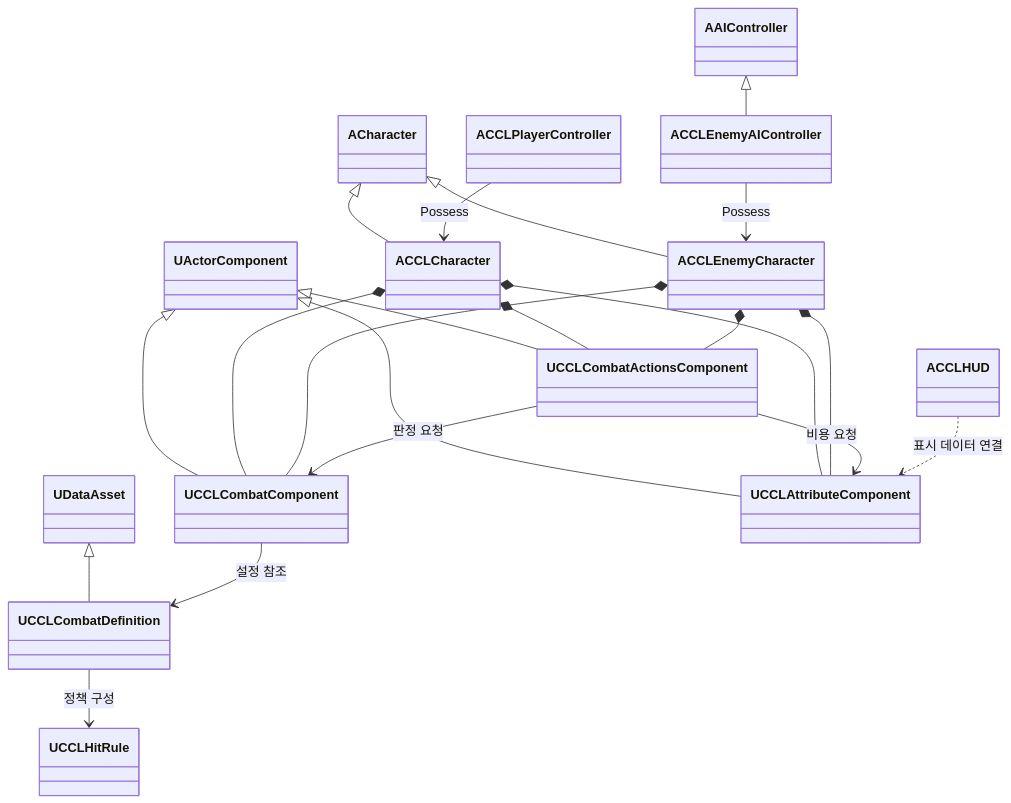
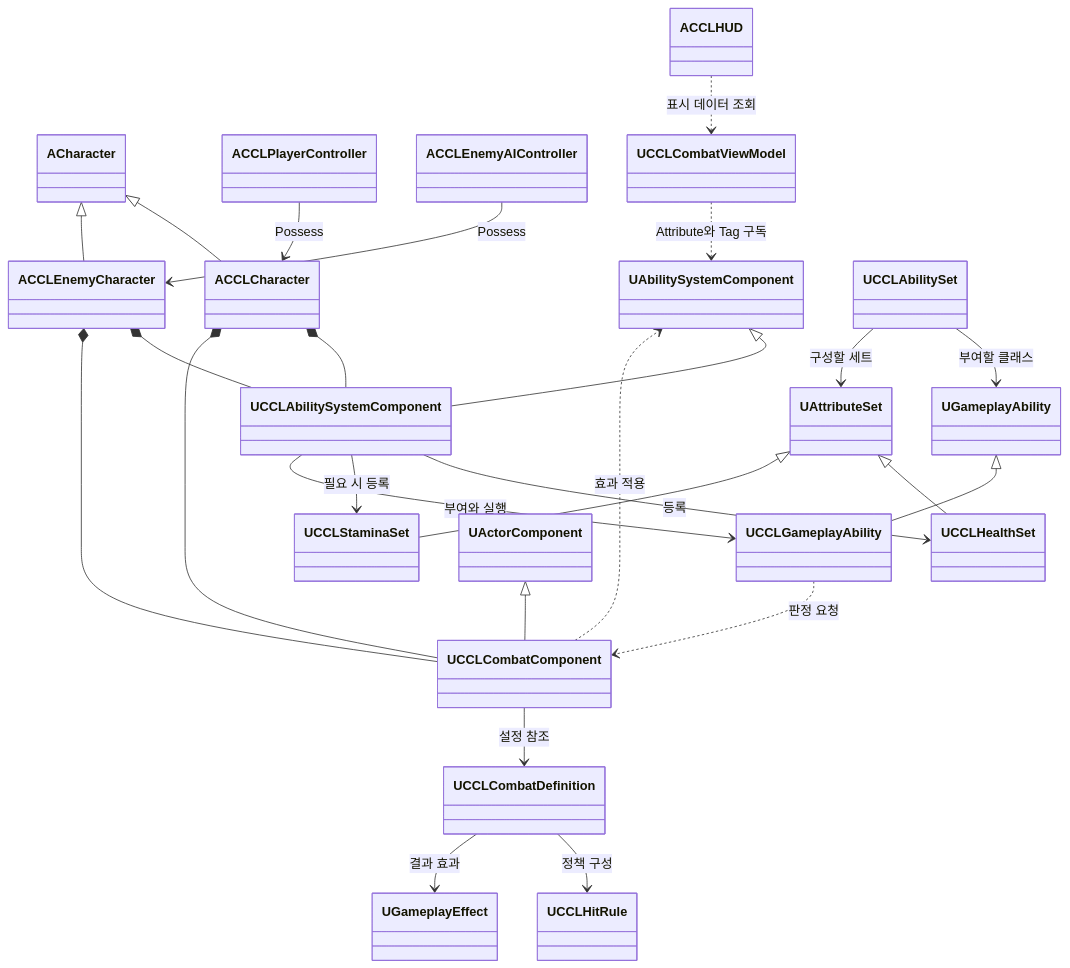
One commit to kang-sihwon/ccl8 changed the diagram in Docs/CombatFoundation.md. Above: the diagram before and after it, drawn with Mermaid. The commit also changed other lines of this file, not shown here.

Commit message:
Align combat foundation design with Gameplay Ability System

````diff
--- a/Docs/CombatFoundation.md
+++ b/Docs/CombatFoundation.md
@@ -58,23 +81,28 @@
 ```mermaid
 classDiagram
+    UAbilitySystemComponent <|-- UCCLAbilitySystemComponent
+    UAttributeSet <|-- UCCLHealthSet
+    UAttributeSet <|-- UCCLStaminaSet
+    UGameplayAbility <|-- UCCLGameplayAbility
     UActorComponent <|-- UCCLCombatComponent
-    UDataAsset <|-- UCCLCombatDefinition
-    UActorComponent <|-- UCCLAttributeComponent
-    UActorComponent <|-- UCCLCombatActionsComponent
     ACharacter <|-- ACCLCharacter
     ACharacter <|-- ACCLEnemyCharacter
-    AAIController <|-- ACCLEnemyAIController
+    ACCLCharacter *-- UCCLAbilitySystemComponent
+    ACCLEnemyCharacter *-- UCCLAbilitySystemComponent
     ACCLCharacter *-- UCCLCombatComponent
     ACCLEnemyCharacter *-- UCCLCombatComponent
+    UCCLAbilitySystemComponent --> UCCLHealthSet : 등록
+    UCCLAbilitySystemComponent --> UCCLStaminaSet : 필요 시 등록
+    UCCLAbilitySystemComponent --> UCCLGameplayAbility : 부여와 실행
+    UCCLAbilitySet --> UGameplayAbility : 부여할 클래스
+    UCCLAbilitySet --> UAttributeSet : 구성할 세트
+    UCCLGameplayAbility ..> UCCLCombatComponent : 판정 요청
     UCCLCombatComponent --> UCCLCombatDefinition : 설정 참조
     UCCLCombatDefinition --> UCCLHitRule : 정책 구성
-    ACCLCharacter *-- UCCLAttributeComponent
-    ACCLEnemyCharacter *-- UCCLAttributeComponent
-    ACCLCharacter *-- UCCLCombatActionsComponent
-    ACCLEnemyCharacter *-- UCCLCombatActionsComponent
-    UCCLCombatActionsComponent --> UCCLCombatComponent : 판정 요청
-    UCCLCombatActionsComponent --> UCCLAttributeComponent : 비용 요청
+    UCCLCombatComponent ..> UAbilitySystemComponent : 효과 적용
+    UCCLCombatDefinition --> UGameplayEffect : 결과 효과
     ACCLPlayerController --> ACCLCharacter : Possess
     ACCLEnemyAIController --> ACCLEnemyCharacter : Possess
-    ACCLHUD ..> UCCLAttributeComponent : 표시 데이터 연결
+    ACCLHUD ..> UCCLCombatViewModel : 표시 데이터 조회
+    UCCLCombatViewModel ..> UAbilitySystemComponent : Attribute와 Tag 구독
 ```
````
